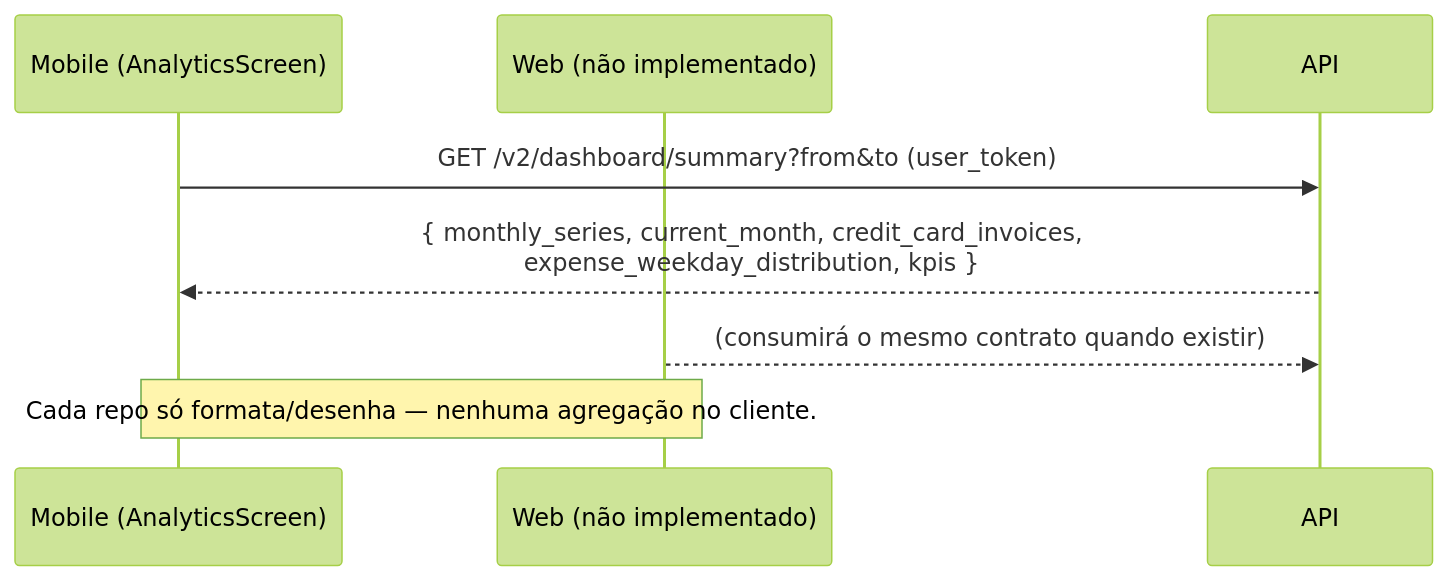
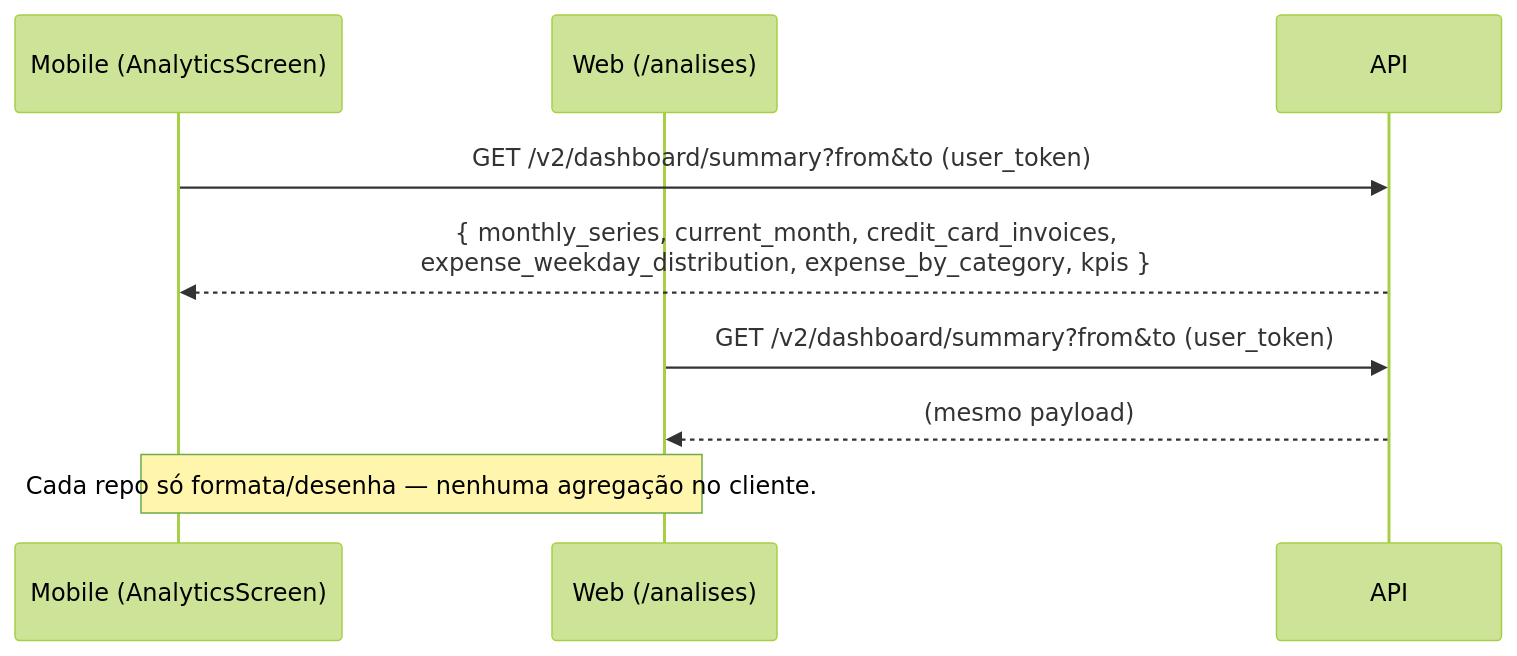
One commit to silvioubaldino/personal-finance-context changed the diagram in design/AYD-003-analises-financeiras.md. Above: the diagram before and after it, drawn with Mermaid (forest theme). The commit also changed other lines of this file and 4 other files, not shown here.

````diff
--- a/design/AYD-003-analises-financeiras.md
+++ b/design/AYD-003-analises-financeiras.md
@@ -138,11 +339,12 @@
 ```mermaid
 sequenceDiagram
   participant M as Mobile (AnalyticsScreen)
-  participant W as Web (não implementado)
+  participant W as Web (/analises)
   participant A as API
 
   M->>A: GET /v2/dashboard/summary?from&to (user_token)
-  A-->>M: { monthly_series, current_month, credit_card_invoices,<br/>expense_weekday_distribution, kpis }
-  W-->>A: (consumirá o mesmo contrato quando existir)
+  A-->>M: { monthly_series, current_month, credit_card_invoices,<br/>expense_weekday_distribution, expense_by_category, kpis }
+  W->>A: GET /v2/dashboard/summary?from&to (user_token)
+  A-->>W: (mesmo payload)
   Note over M,W: Cada repo só formata/desenha — nenhuma agregação no cliente.
 ```
````
